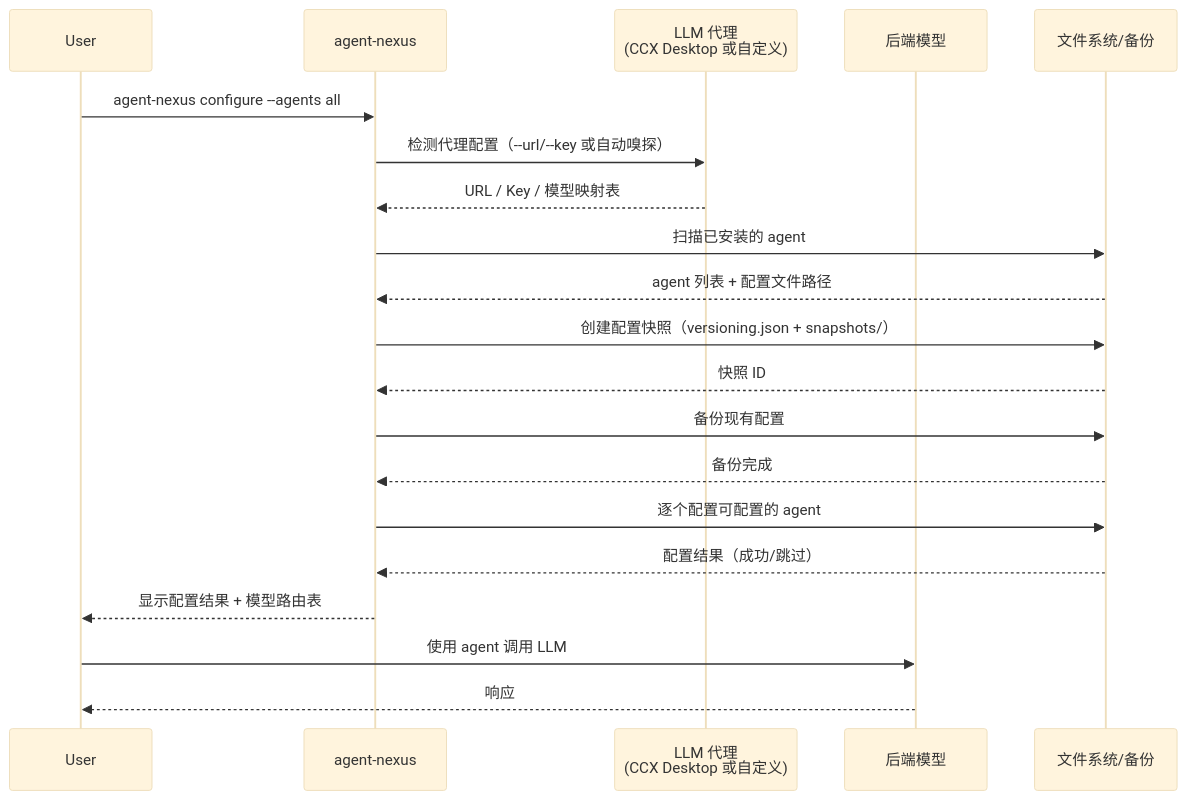
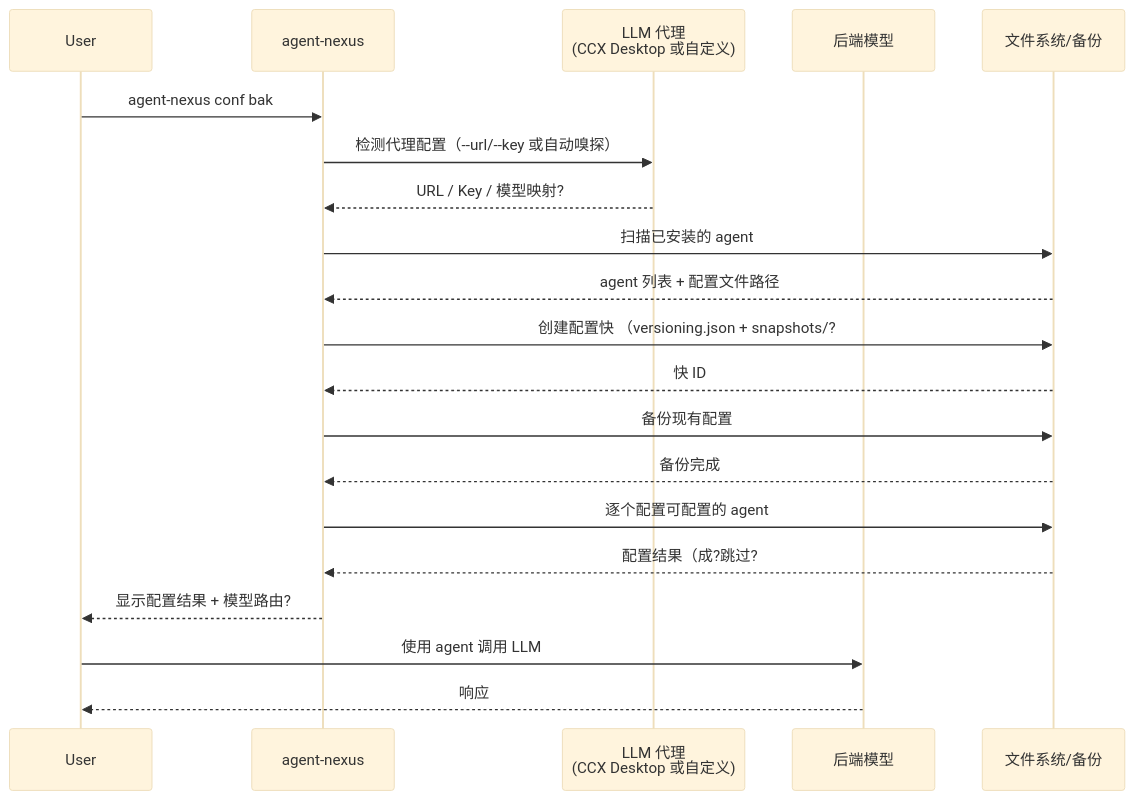
One commit to yejinlei/agent-nexus changed the third of 3 diagrams in MANUAL.md. Above: the diagram before and after it, drawn with Mermaid (base theme). The commit also changed other lines of this file and 4 other files, not shown here.

````diff
--- a/MANUAL.md
+++ b/MANUAL.md
@@ -227,23 +1344,129 @@
 ```mermaid
+
+
+
+
+
 sequenceDiagram
+
+
+
+
+
     participant User
+
+
+
+
+
     participant Tool as agent-nexus
+
+
+
+
+
     participant Proxy as LLM 代理<br/>(CCX Desktop 或自定义)
+
+
+
+
+
     participant Backend as 后端模型
+
+
+
+
+
     participant FS as 文件系统/备份
 
-    User->>Tool: agent-nexus configure --agents all
+
+
+
+
+
+
+
+
+
+
+    User->>Tool: agent-nexus conf bak
+
+
+
+
+
     Tool->>Proxy: 检测代理配置（--url/--key 或自动嗅探）
-    Proxy-->>Tool: URL / Key / 模型映射表
+
+
+
+
+
+    Proxy-->>Tool: URL / Key / 模型映射?
+
+
+
+
     Tool->>FS: 扫描已安装的 agent
+
+
+
+
+
     FS-->>Tool: agent 列表 + 配置文件路径
-    Tool->>FS: 创建配置快照（versioning.json + snapshots/）
-    FS-->>Tool: 快照 ID
+
+
+
+
+
+    Tool->>FS: 创建配置快 （versioning.json + snapshots/?
+
+
+
+
+    FS-->>Tool: 快  ID
+
+
+
+
+
     Tool->>FS: 备份现有配置
+
+
+
+
+
     FS-->>Tool: 备份完成
+
+
+
+
+
     Tool->>FS: 逐个配置可配置的 agent
-    FS-->>Tool: 配置结果（成功/跳过）
-    Tool-->>User: 显示配置结果 + 模型路由表
+
+
+
+
+
+    FS-->>Tool: 配置结果（成?跳过?
+
+
+
+
+    Tool-->>User: 显示配置结果 + 模型路由?
+
+
+
+
     User->>Backend: 使用 agent 调用 LLM
+
+
+
+
+
     Backend-->>User: 响应
+
+
+
+
+
 ```
````
